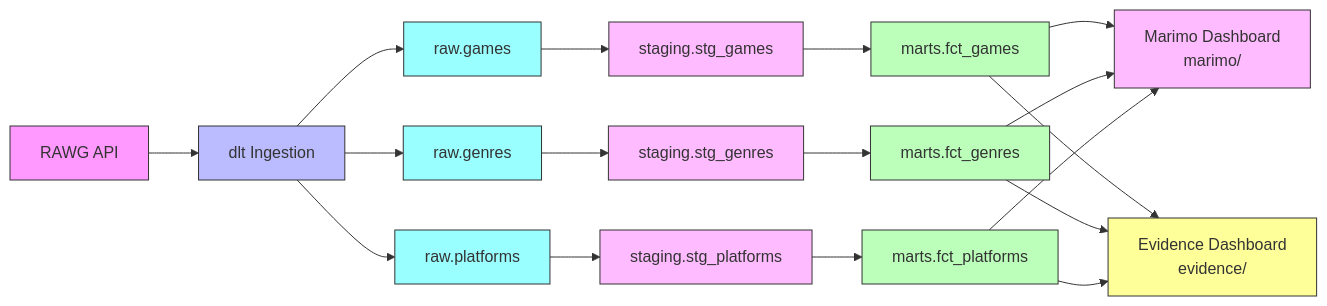
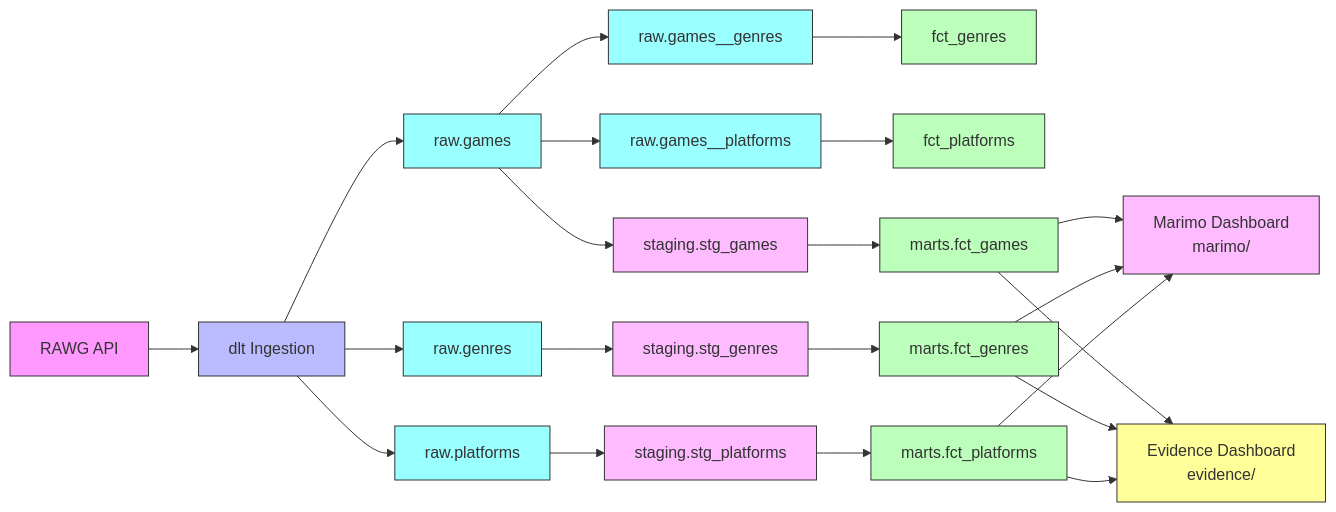
The first of 2 diagrams in docs/data-flow.md (mohamed-boughattas/gaming-analytics-pipeline), drawn with Mermaid before and after one commit. The commit also changed other lines of this file and 6 other files, not shown here.

````diff
--- a/docs/data-flow.md
+++ b/docs/data-flow.md
@@ -7,36 +7,44 @@
 ```mermaid
 graph LR
     A[RAWG API] --> B[dlt Ingestion]
     B --> C[raw.games]
     B --> D[raw.genres]
     B --> E[raw.platforms]
+    C --> C1[raw.games__genres]
+    C --> C2[raw.games__platforms]
+    C1 --> F1[fct_genres]
+    C2 --> F2[fct_platforms]
 
     C --> F[staging.stg_games]
     D --> G[staging.stg_genres]
     E --> H[staging.stg_platforms]
 
     F --> I[marts.fct_games]
     G --> J[marts.fct_genres]
     H --> K[marts.fct_platforms]
 
     I --> L[Marimo Dashboard<br/>marimo/]
     J --> L
     K --> L
     I --> M[Evidence Dashboard<br/>evidence/]
     J --> M
     K --> M
 
     style A fill:#f9f,stroke:#333
     style B fill:#bbf,stroke:#333
     style C fill:#9ff,stroke:#333
+    style C1 fill:#9ff,stroke:#333
+    style C2 fill:#9ff,stroke:#333
     style D fill:#9ff,stroke:#333
     style E fill:#9ff,stroke:#333
     style F fill:#fbf,stroke:#333
+    style F1 fill:#bfb,stroke:#333
+    style F2 fill:#bfb,stroke:#333
     style G fill:#fbf,stroke:#333
     style H fill:#fbf,stroke:#333
     style I fill:#bfb,stroke:#333
     style J fill:#bfb,stroke:#333
     style K fill:#bfb,stroke:#333
     style L fill:#fbf,stroke:#333
     style M fill:#ff9,stroke:#333
 ```
````
